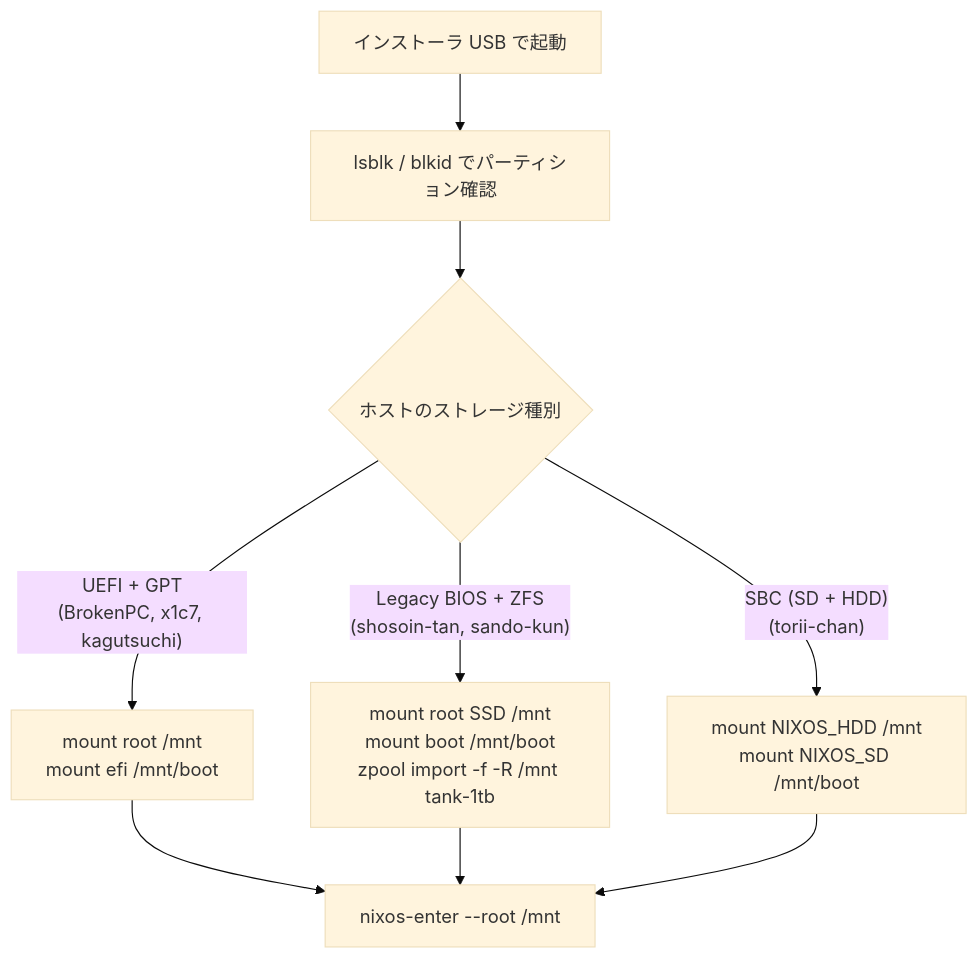
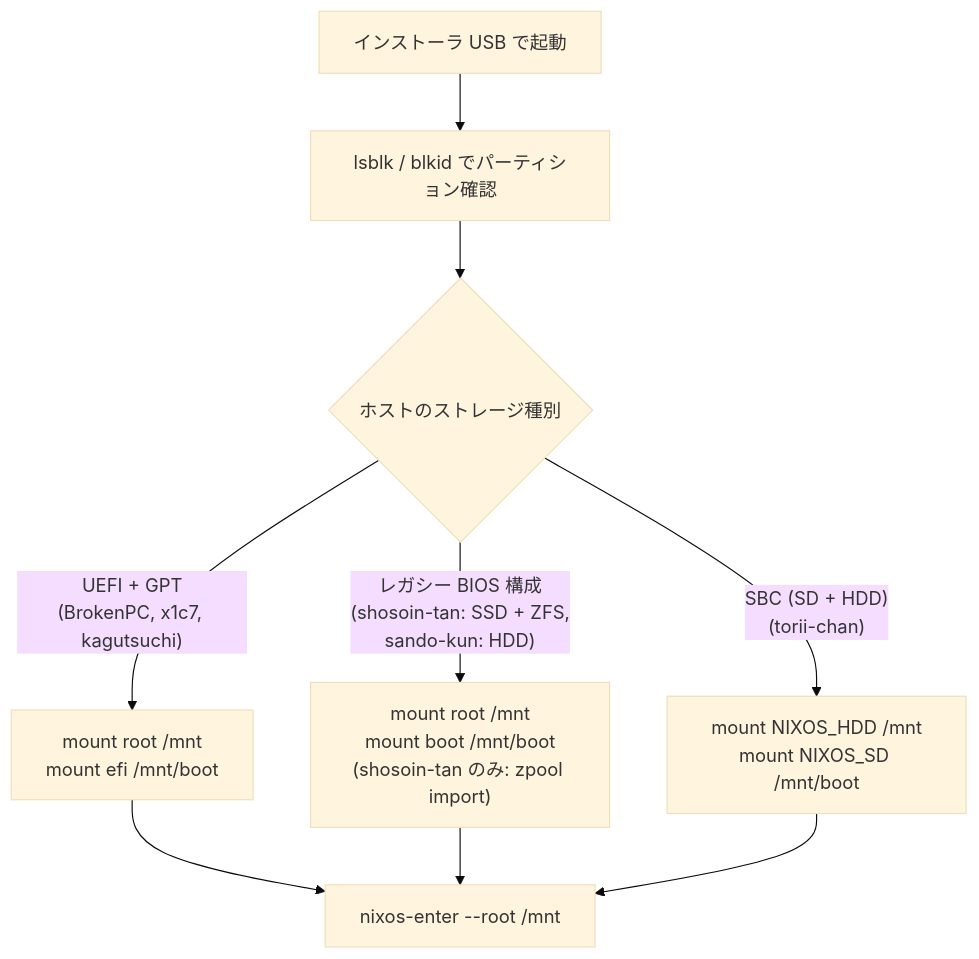
Before and after one commit to t3u-tsu/nix-config: the diagram in docs/troubleshooting/emergency-recovery.md, drawn with Mermaid (base theme). The commit also changed other lines of this file and 16 other files, not shown here.

````diff
--- a/docs/troubleshooting/emergency-recovery.md
+++ b/docs/troubleshooting/emergency-recovery.md
@@ -58,13 +58,13 @@
 ```mermaid
 flowchart TD
     USB["インストーラ USB で起動"] --> Identify["lsblk / blkid でパーティション確認"]
     Identify --> Type{ホストのストレージ種別}
 
     Type -->|"UEFI + GPT<br>(BrokenPC, x1c7, kagutsuchi)"| MountA["mount root /mnt<br>mount efi /mnt/boot"]
-    Type -->|"Legacy BIOS + ZFS<br>(shosoin-tan, sando-kun)"| MountB["mount root SSD /mnt<br>mount boot /mnt/boot<br>zpool import -f -R /mnt tank-1tb"]
+    Type -->|"レガシー BIOS 構成<br>(shosoin-tan: SSD + ZFS,<br>sando-kun: HDD)"| MountB["mount root /mnt<br>mount boot /mnt/boot<br>(shosoin-tan のみ: zpool import)"]
     Type -->|"SBC (SD + HDD)<br>(torii-chan)"| MountC["mount NIXOS_HDD /mnt<br>mount NIXOS_SD /mnt/boot"]
 
     MountA --> Enter["nixos-enter --root /mnt"]
     MountB --> Enter
     MountC --> Enter
 ```
````
